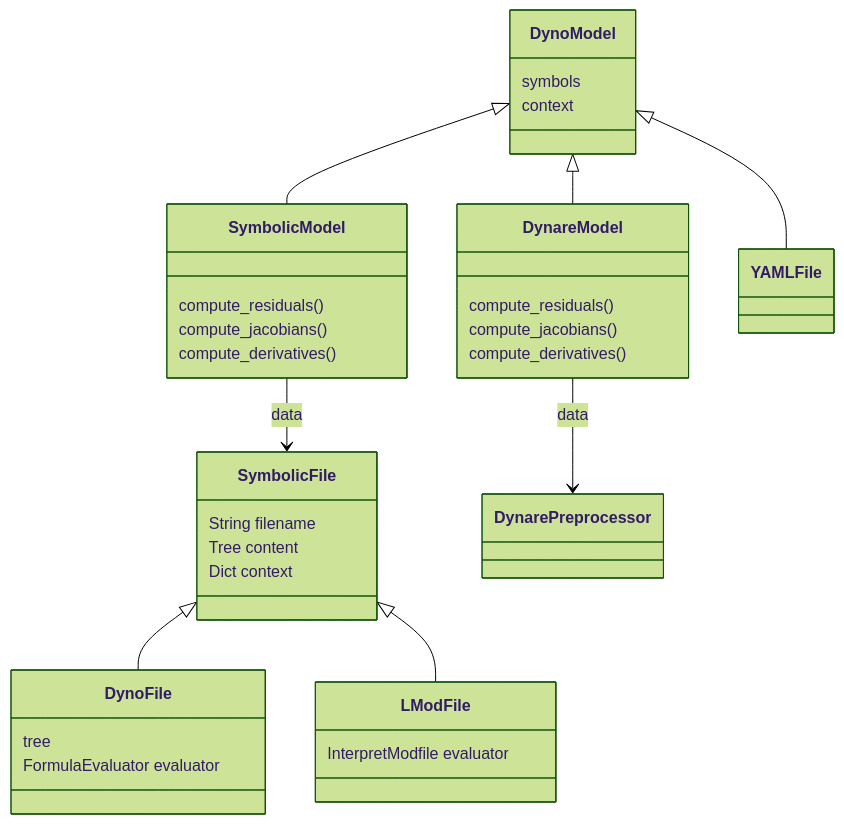
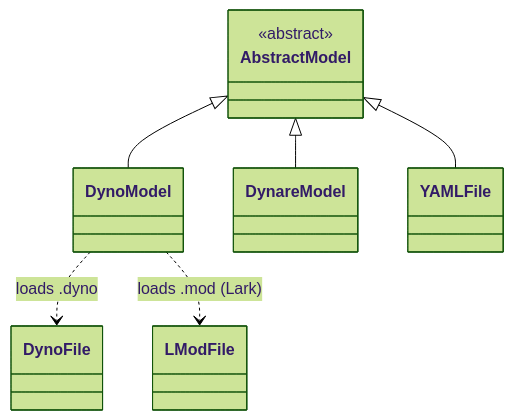
The diagram in docs/classes.md (EconForge/dyno.py), drawn with Mermaid (forest theme) before and after one commit. The commit also changed other lines of this file and 29 other files, not shown here.

````diff
--- a/docs/classes.md
+++ b/docs/classes.md
@@ -3,54 +3,20 @@
 ```mermaid
 classDiagram
-  %% Abstract/base
-  class DynoModel
+    direction TB
+    %% Core model inheritance
+    class AbstractModel
+    class DynoModel
+    class DynareModel
+    class YAMLFile
+    class DynoFile
+    class LModFile
 
-  DynoModel: symbols
-  DynoModel: context
+    <<abstract>> AbstractModel
 
-    SymbolicModel: compute_residuals()
-    SymbolicModel: compute_jacobians()
-    SymbolicModel: compute_derivatives()
-
-  %% Concrete model types
-  class SymbolicModel
-
-class DynareModel
-
-    DynareModel: compute_residuals()
-    DynareModel: compute_jacobians()
-    DynareModel: compute_derivatives()
-
-
-  class DynareModel
-  class YAMLFile
-
-  %% Parsers / files
-  class SymbolicFile
-
-  DynoFile: tree
-  DynoFile: FormulaEvaluator evaluator
-
-  LModFile: InterpretModfile evaluator
-
-
-  class DynoFile
-  class LModFile
-
-  %% Inheritance
-  DynoModel <|-- SymbolicModel
-  DynoModel <|-- DynareModel
-  DynoModel <|-- YAMLFile
-
-  SymbolicFile <|-- DynoFile
-  SymbolicFile <|-- LModFile
-
-  SymbolicFile: String filename
-  SymbolicFile: Tree content
-  SymbolicFile: Dict context
-
-  %% Associations
-  SymbolicModel --> SymbolicFile : data
-  DynareModel --> DynarePreprocessor : data
-
+    AbstractModel <|-- DynoModel
+    AbstractModel <|-- DynareModel
+    
+    DynoModel ..> DynoFile : loads .dyno
+    DynoModel ..> LModFile : loads .mod (Lark)
+    AbstractModel <|-- YAMLFile
 ```
````
